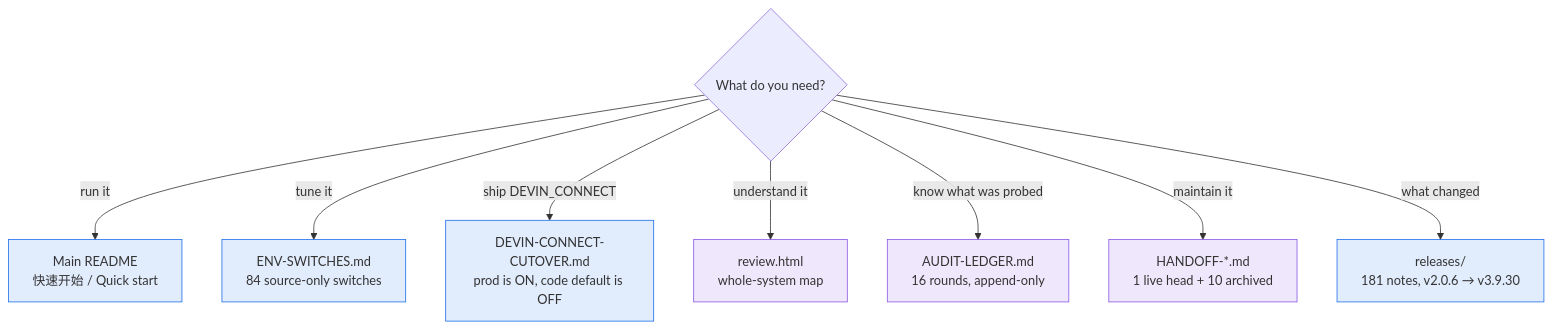
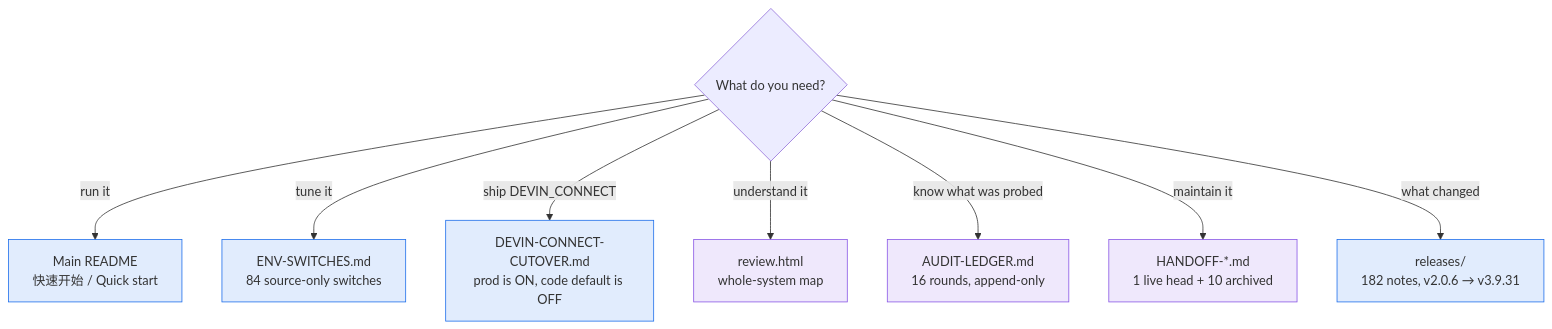
The diagram in docs/README.md (Link-Start/WindsurfAPI_dwgx), drawn with Mermaid before and after one commit. The commit also changed other lines of this file and 6 other files, not shown here.

````diff
--- a/docs/README.md
+++ b/docs/README.md
@@ -15,16 +15,16 @@
 ```mermaid
 flowchart TD
     Q{"What do you need?"}
     Q -->|"run it"| RUN["Main README<br/>快速开始 / Quick start"]
     Q -->|"tune it"| OPS["ENV-SWITCHES.md<br/>84 source-only switches"]
     Q -->|"ship DEVIN_CONNECT"| CUT["DEVIN-CONNECT-CUTOVER.md<br/>prod is ON, code default is OFF"]
     Q -->|"understand it"| ARCH["review.html<br/>whole-system map"]
     Q -->|"know what was probed"| LED["AUDIT-LEDGER.md<br/>16 rounds, append-only"]
     Q -->|"maintain it"| HO["HANDOFF-*.md<br/>1 live head + 10 archived"]
-    Q -->|"what changed"| REL["releases/<br/>181 notes, v2.0.6 → v3.9.30"]
+    Q -->|"what changed"| REL["releases/<br/>182 notes, v2.0.6 → v3.9.31"]
 
     classDef user fill:#1f6feb22,stroke:#1f6feb
     classDef maint fill:#8957e522,stroke:#8957e5
     class RUN,OPS,CUT,REL user
     class ARCH,LED,HO maint
 ```
````
